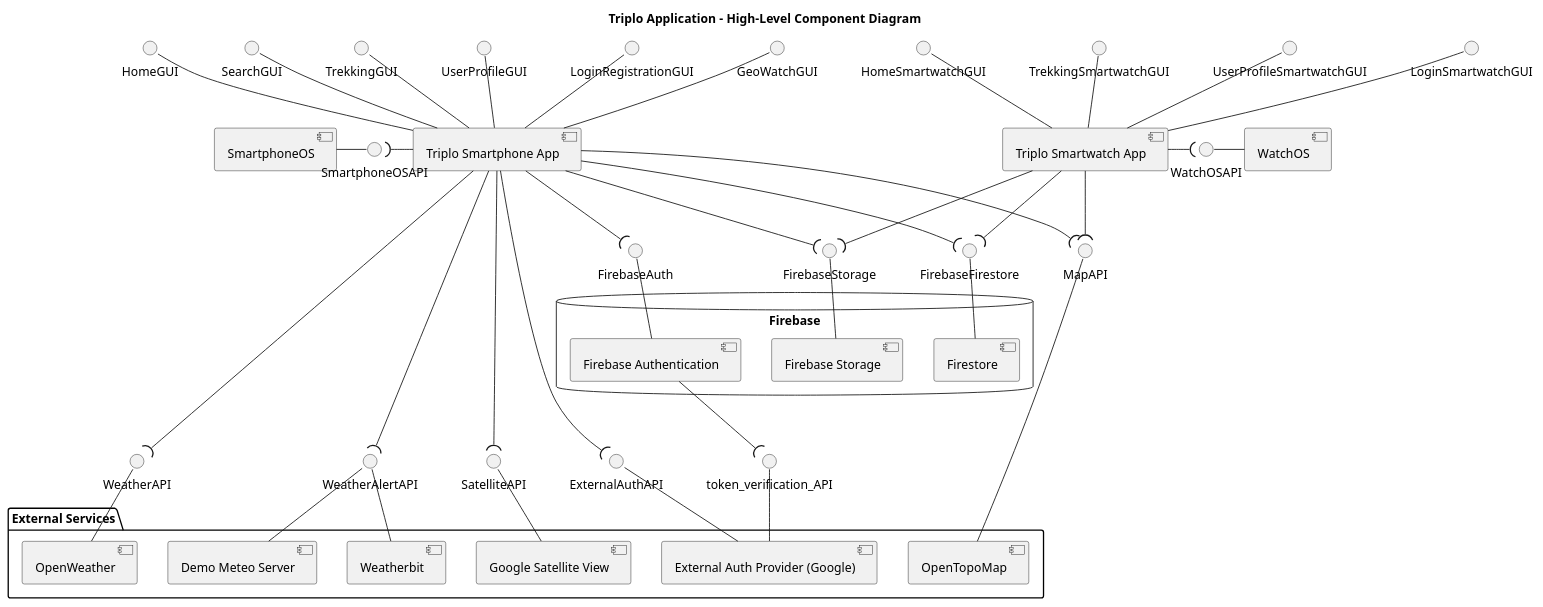
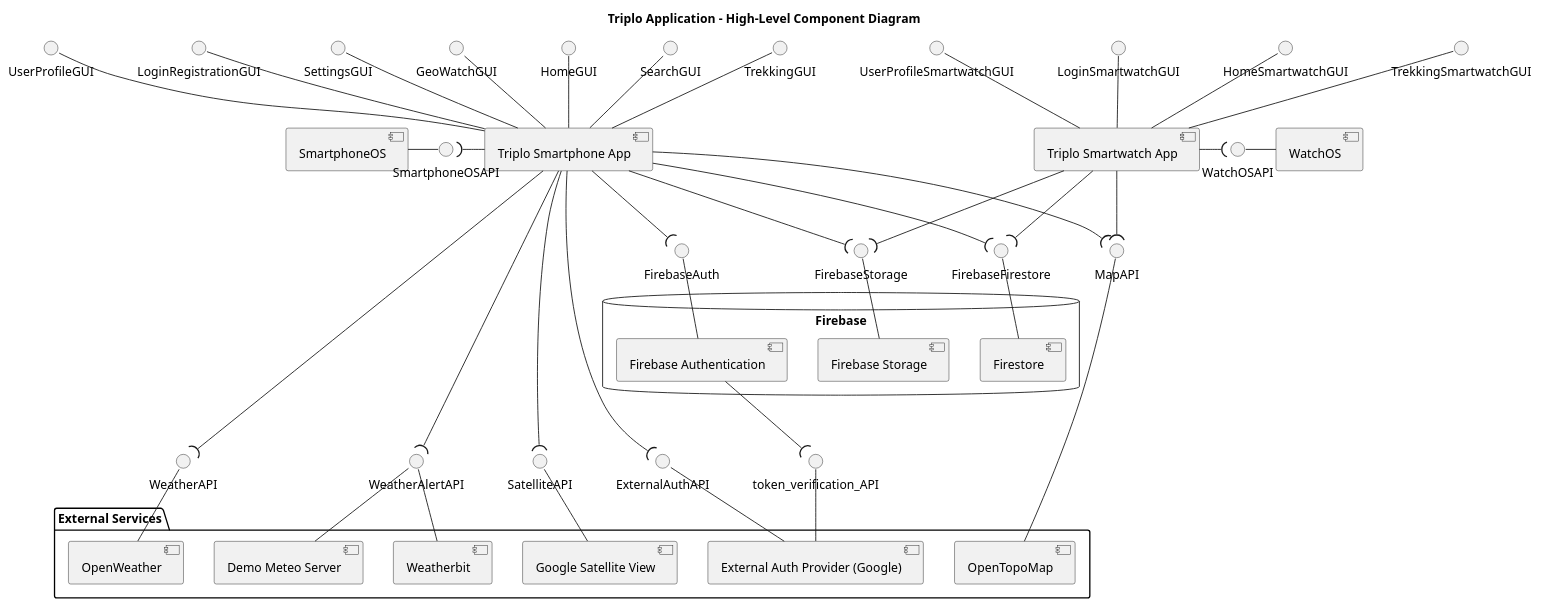
One commit to SofiaTerracciano/Triplo changed the diagram in documentation/Diagrams/high level component diagram.puml. Above: the diagram before and after it, drawn with PlantUML. The commit also changed 6 other files, not shown here.

Commit message:
smartphone app component diagram

```diff
--- a/documentation/Diagrams/high level component diagram.puml
+++ b/documentation/Diagrams/high level component diagram.puml
@@ -18,6 +18,7 @@
 interface "TrekkingGUI" as TrekkingGUI
 interface "UserProfileGUI" as UserProfileGUI
 interface "LoginRegistrationGUI" as LoginGUI
+interface "SettingsGUI" as SettingsGUI
 HomeGUI -down- SmartphoneApp
 SearchGUI -down- SmartphoneApp
 TrekkingGUI -down- SmartphoneApp
@@ -26,6 +27,15 @@
 
 
 
+
+
+
+
+
+
+
+
+SettingsGUI -down- SmartphoneApp
 
 interface "GeoWatchGUI" as GeoWatchGUI
 GeoWatchGUI -down- SmartphoneApp
@@ -133,6 +143,8 @@
 ExternalAuthAPI -- GoogleAuth
 
 
+
+
 SmartphoneApp --( WeatherAPI 
 WeatherAPI -- OpenWeather
 
```
